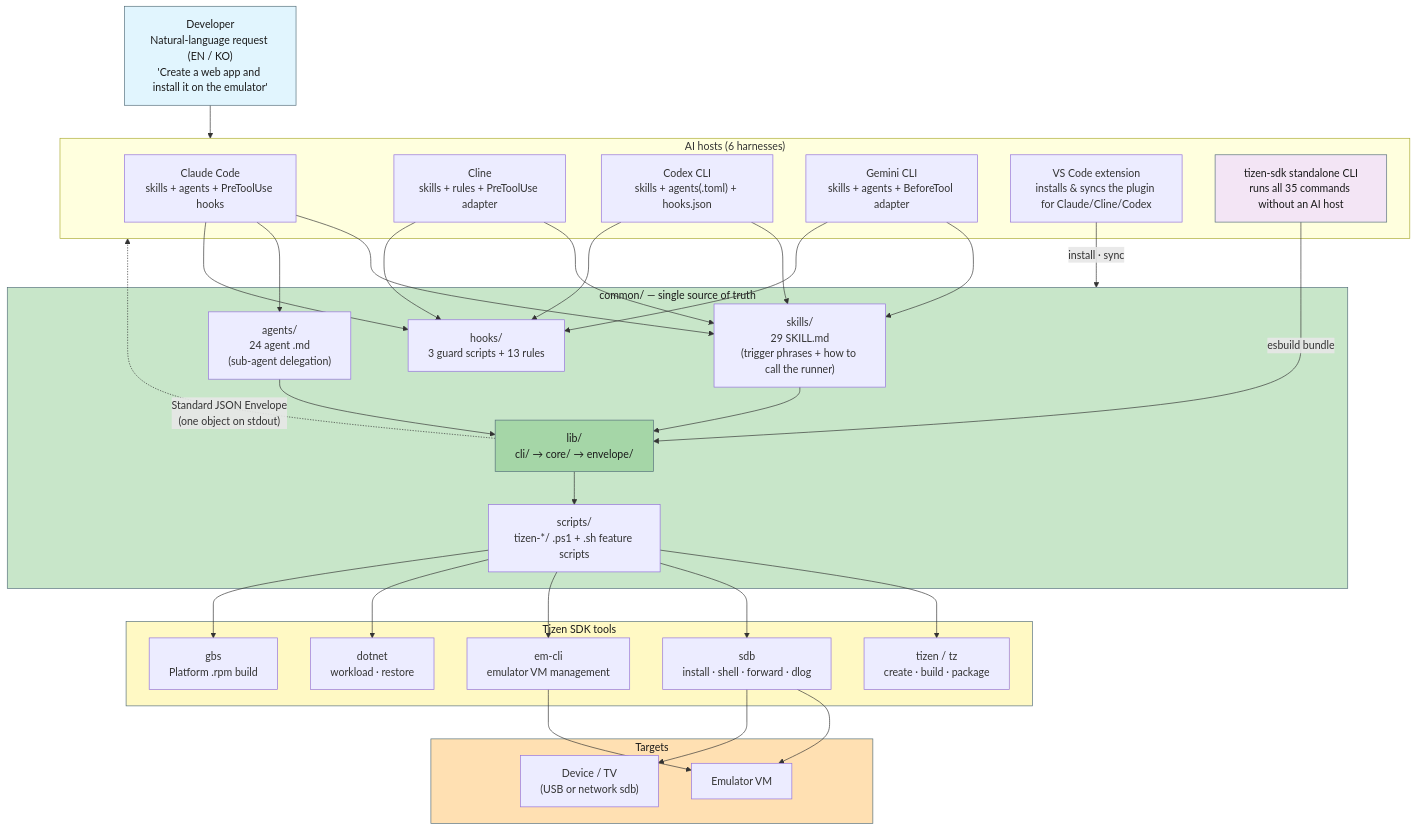
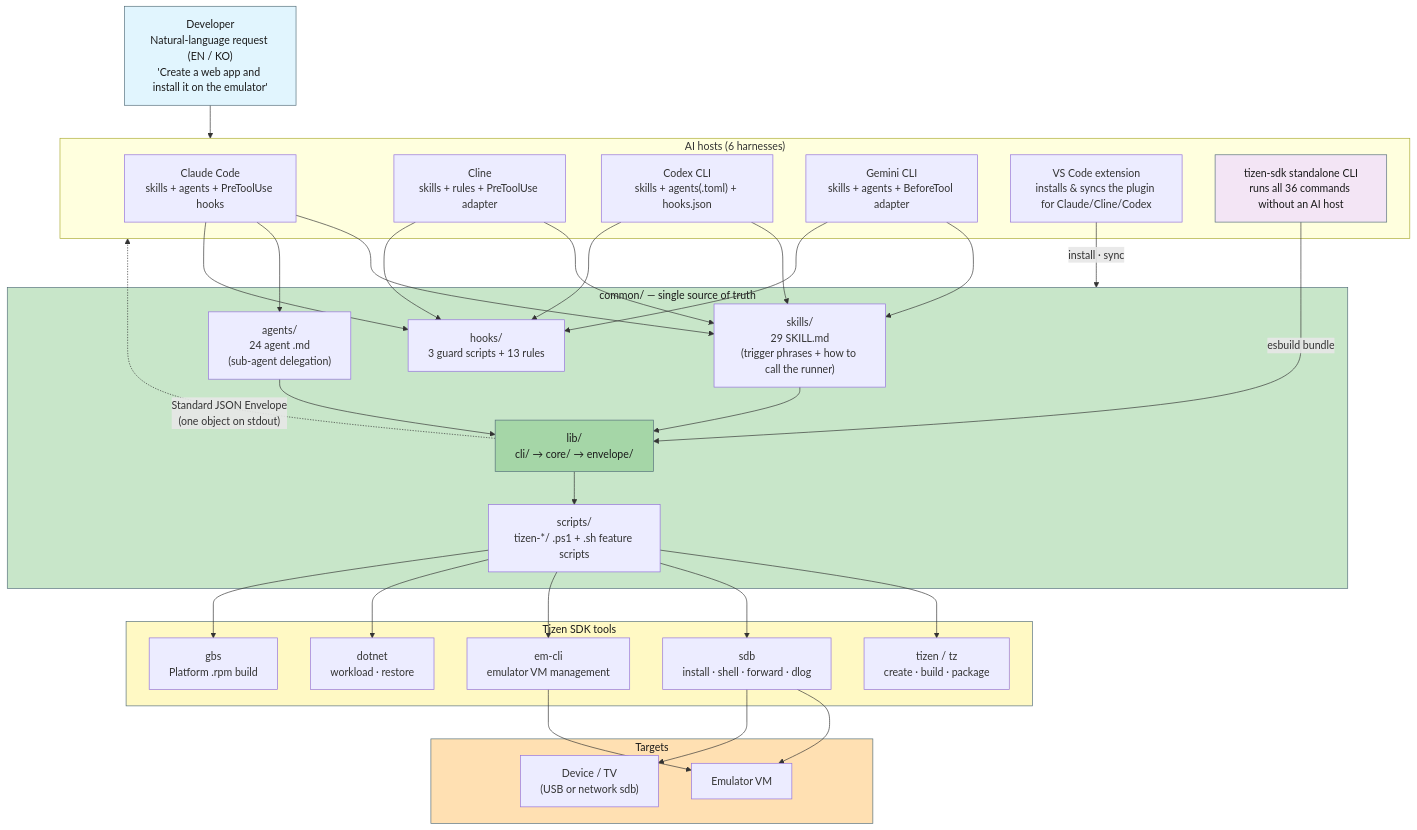
The first of 10 diagrams in tizen-sdk-skills/docs/ARCHITECTURE_DIAGRAMS.en.md (Samsung/tizen-agent-skills), drawn with Mermaid before and after one commit. The commit also changed other lines of this file and 40 other files, not shown here.

First line of the commit message:
feat(tizen-sdk-skills): manage several Tizen platform versions side by side

````diff
--- a/tizen-sdk-skills/docs/ARCHITECTURE_DIAGRAMS.en.md
+++ b/tizen-sdk-skills/docs/ARCHITECTURE_DIAGRAMS.en.md
@@ -15,55 +15,55 @@
 ```mermaid
 graph TB
     USER["Developer<br/>Natural-language request (EN / KO)<br/>'Create a web app and install it on the emulator'"]
 
     subgraph HOSTS["AI hosts (6 harnesses)"]
         CLAUDE["Claude Code<br/>skills + agents + PreToolUse hooks"]
         CLINE["Cline<br/>skills + rules + PreToolUse adapter"]
         CODEX["Codex CLI<br/>skills + agents(.toml) + hooks.json"]
         GEMINI["Gemini CLI<br/>skills + agents + BeforeTool adapter"]
         VSCODE["VS Code extension<br/>installs & syncs the plugin for Claude/Cline/Codex"]
-        CLI["tizen-sdk standalone CLI<br/>runs all 35 commands without an AI host"]
+        CLI["tizen-sdk standalone CLI<br/>runs all 36 commands without an AI host"]
     end
 
     subgraph COMMON["common/ — single source of truth"]
         SKILLS["skills/<br/>29 SKILL.md<br/>(trigger phrases + how to call the runner)"]
         AGENTS["agents/<br/>24 agent .md<br/>(sub-agent delegation)"]
         HOOKS["hooks/<br/>3 guard scripts + 13 rules"]
         LIB["lib/<br/>cli/ → core/ → envelope/"]
         SCRIPTS["scripts/<br/>tizen-*/ .ps1 + .sh feature scripts"]
     end
 
     subgraph SDK["Tizen SDK tools"]
         TZ["tizen / tz<br/>create · build · package"]
         SDB["sdb<br/>install · shell · forward · dlog"]
         EMCLI["em-cli<br/>emulator VM management"]
         DOTNET["dotnet<br/>workload · restore"]
         GBS["gbs<br/>Platform .rpm build"]
     end
 
     subgraph TARGET["Targets"]
         EMU["Emulator VM"]
         DEV["Device / TV<br/>(USB or network sdb)"]
     end
 
     USER --> HOSTS
     CLAUDE & CLINE & CODEX & GEMINI --> SKILLS
     CLAUDE --> AGENTS
     CLAUDE & CLINE & CODEX & GEMINI --> HOOKS
     VSCODE -->|"install · sync"| COMMON
     SKILLS --> LIB
     AGENTS --> LIB
     CLI -->|"esbuild bundle"| LIB
     LIB --> SCRIPTS
     SCRIPTS --> TZ & SDB & EMCLI & DOTNET & GBS
     SDB --> EMU & DEV
     EMCLI --> EMU
     LIB -.->|"Standard JSON Envelope<br/>(one object on stdout)"| HOSTS
 
     style USER fill:#e1f5fe,stroke:#546e7a,color:#1a1a1a
     style COMMON fill:#c8e6c9,stroke:#546e7a,color:#1a1a1a
     style LIB fill:#a5d6a7,stroke:#546e7a,color:#1a1a1a
     style SDK fill:#fff9c4,stroke:#546e7a,color:#1a1a1a
     style TARGET fill:#ffe0b2,stroke:#546e7a,color:#1a1a1a
     style CLI fill:#f3e5f5,stroke:#546e7a,color:#1a1a1a
 ```
````
